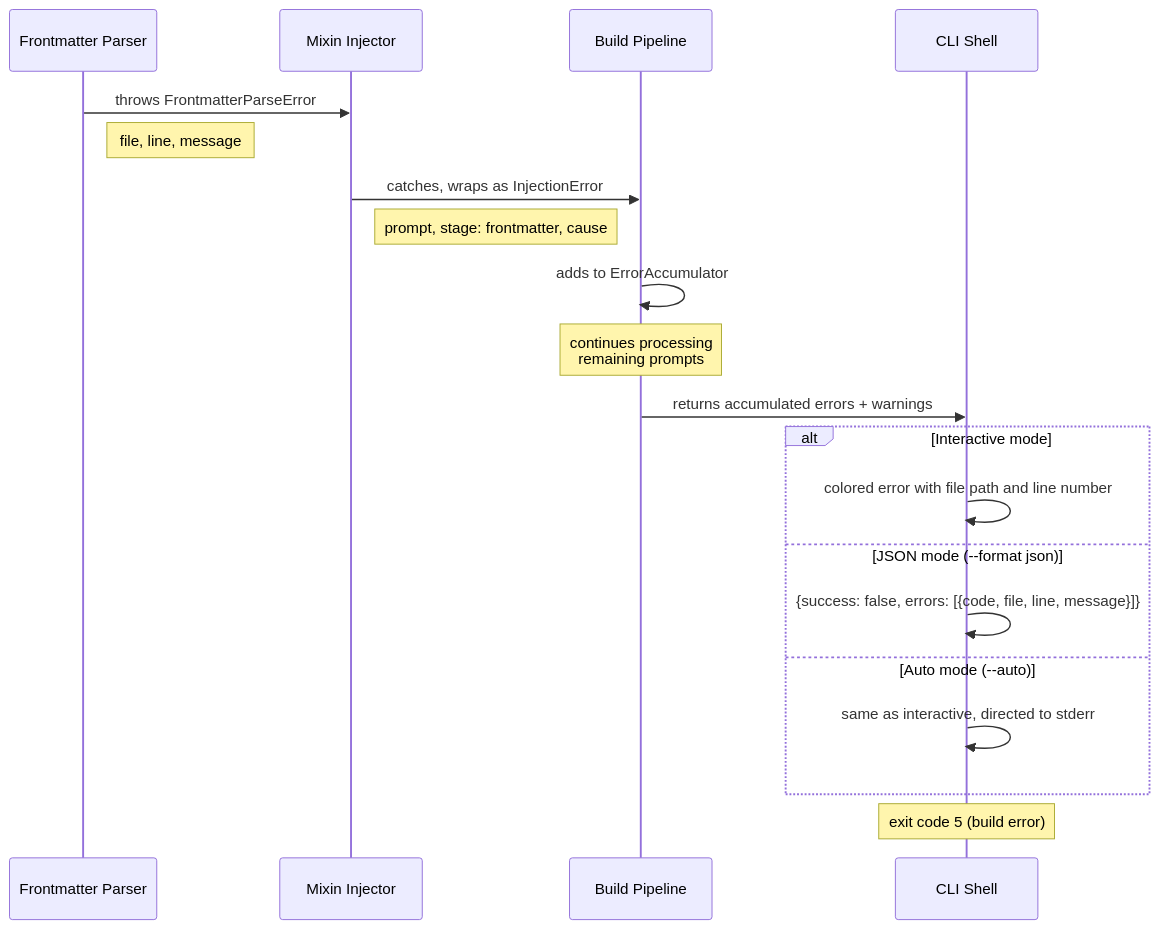
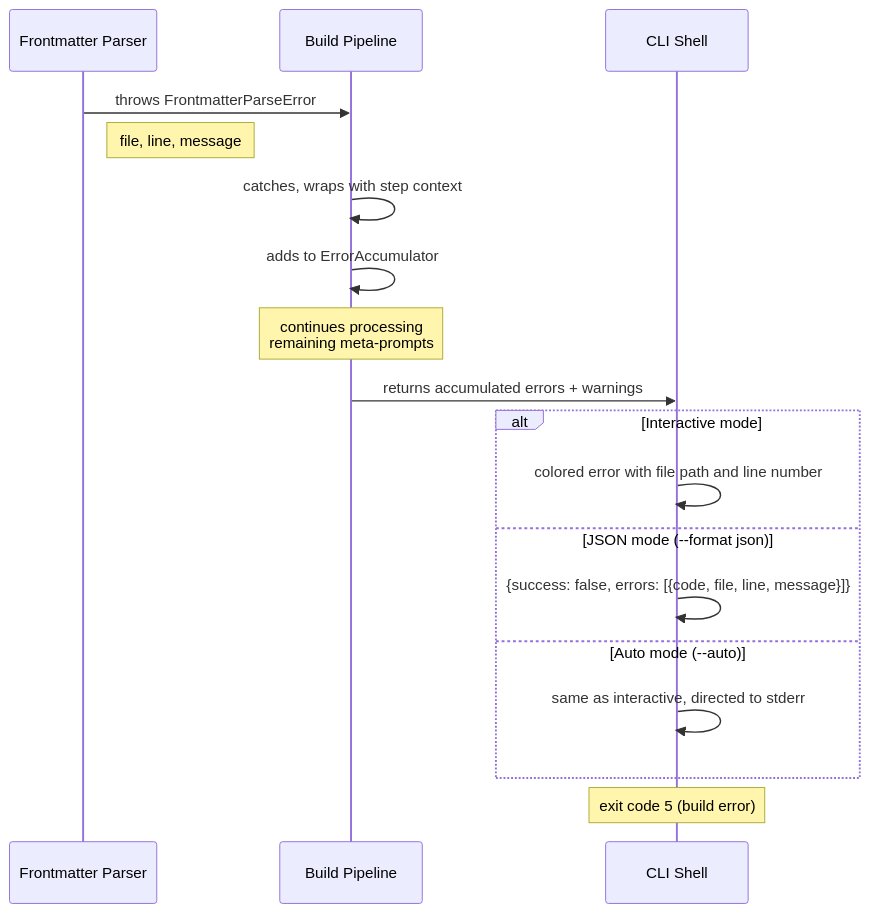
The seventh of 10 diagrams in docs/v2/architecture/system-architecture.md (zigrivers/scaffold), drawn with Mermaid before and after one commit. The commit also changed other lines of this file, not shown here.

First line of the commit message:
[BD-scaffold-arch] docs(v2): system architecture review & update — align with 54-ADR set and domains 15/16

````diff
--- a/docs/v2/architecture/system-architecture.md
+++ b/docs/v2/architecture/system-architecture.md
@@ -968,23 +964,21 @@
 ```mermaid
 sequenceDiagram
     participant FP as Frontmatter Parser
-    participant MI as Mixin Injector
     participant BP as Build Pipeline
     participant CS as CLI Shell
 
-    FP->>MI: throws FrontmatterParseError
+    FP->>BP: throws FrontmatterParseError
     Note right of FP: file, line, message
-    MI->>BP: catches, wraps as InjectionError
-    Note right of MI: prompt, stage: frontmatter, cause
+    BP->>BP: catches, wraps with step context
     BP->>BP: adds to ErrorAccumulator
-    Note over BP: continues processing<br/>remaining prompts
+    Note over BP: continues processing<br/>remaining meta-prompts
     BP->>CS: returns accumulated errors + warnings
     alt Interactive mode
         CS->>CS: colored error with file path and line number
     else JSON mode (--format json)
         CS->>CS: {success: false, errors: [{code, file, line, message}]}
     else Auto mode (--auto)
         CS->>CS: same as interactive, directed to stderr
     end
     Note over CS: exit code 5 (build error)
 ```
````
